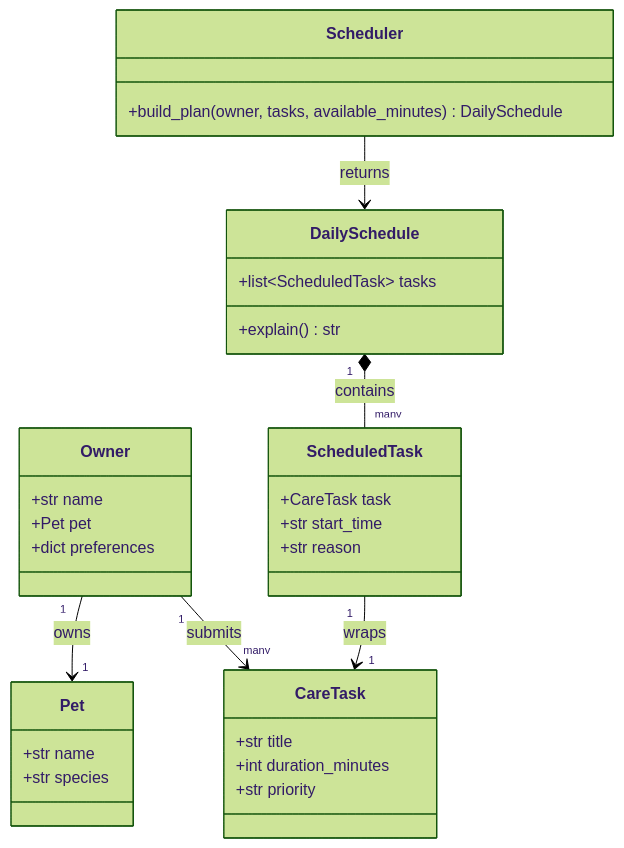
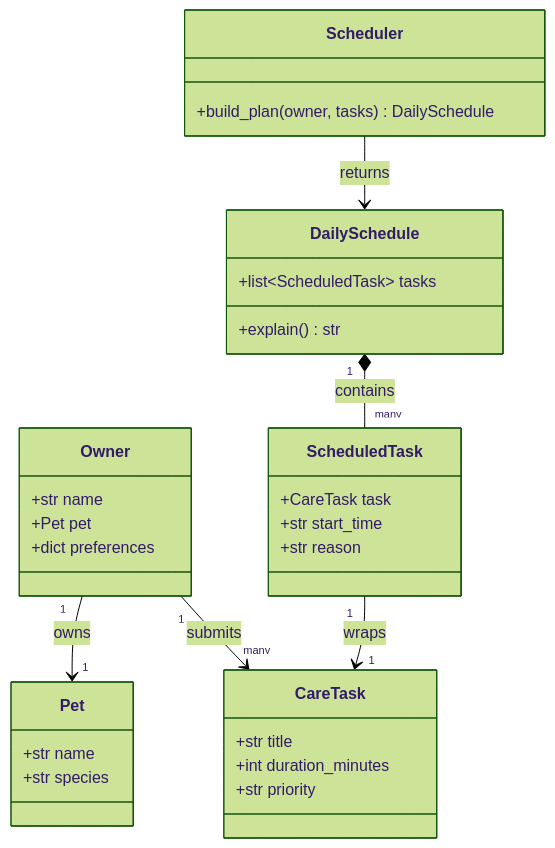
The diagram in class_diagram.mmd (JohnQuiruz/ai110-module2show-pawpal-starter), drawn with Mermaid (forest theme) before and after one commit.

Commit message:
Fix parameters for Scheduler in class_diagram.mmd

```diff
--- a/class_diagram.mmd
+++ b/class_diagram.mmd
@@ -1,38 +1,38 @@
 classDiagram
     class Owner {
         +str name
         +Pet pet
         +dict preferences
     }
 
     class Pet {
         +str name
         +str species
     }
 
     class CareTask {
         +str title
         +int duration_minutes
         +str priority
     }
 
     class ScheduledTask {
         +CareTask task
         +str start_time
         +str reason
     }
 
     class DailySchedule {
         +list~ScheduledTask~ tasks
         +explain() str
     }
 
     class Scheduler {
-        +build_plan(owner, tasks, available_minutes) DailySchedule
+        +build_plan(owner, tasks) DailySchedule
     }
 
     Owner "1" --> "1" Pet : owns
     Owner "1" --> "many" CareTask : submits
     Scheduler --> DailySchedule : returns
     DailySchedule "1" *-- "many" ScheduledTask : contains
     ScheduledTask "1" --> "1" CareTask : wraps
```
